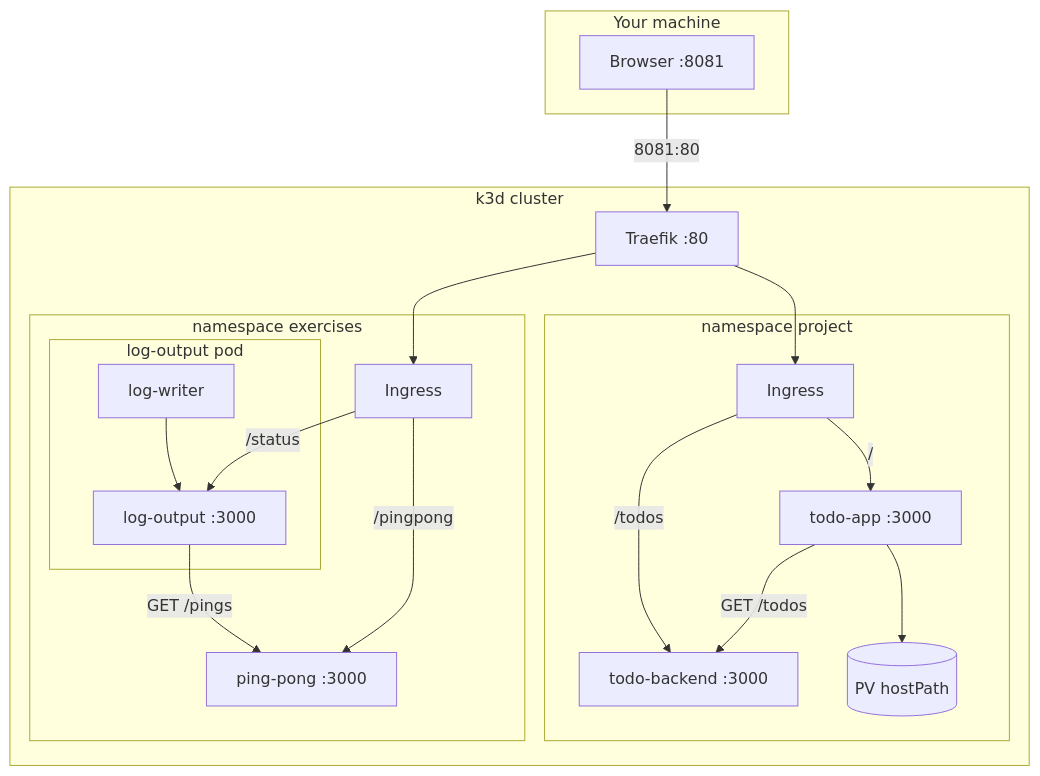
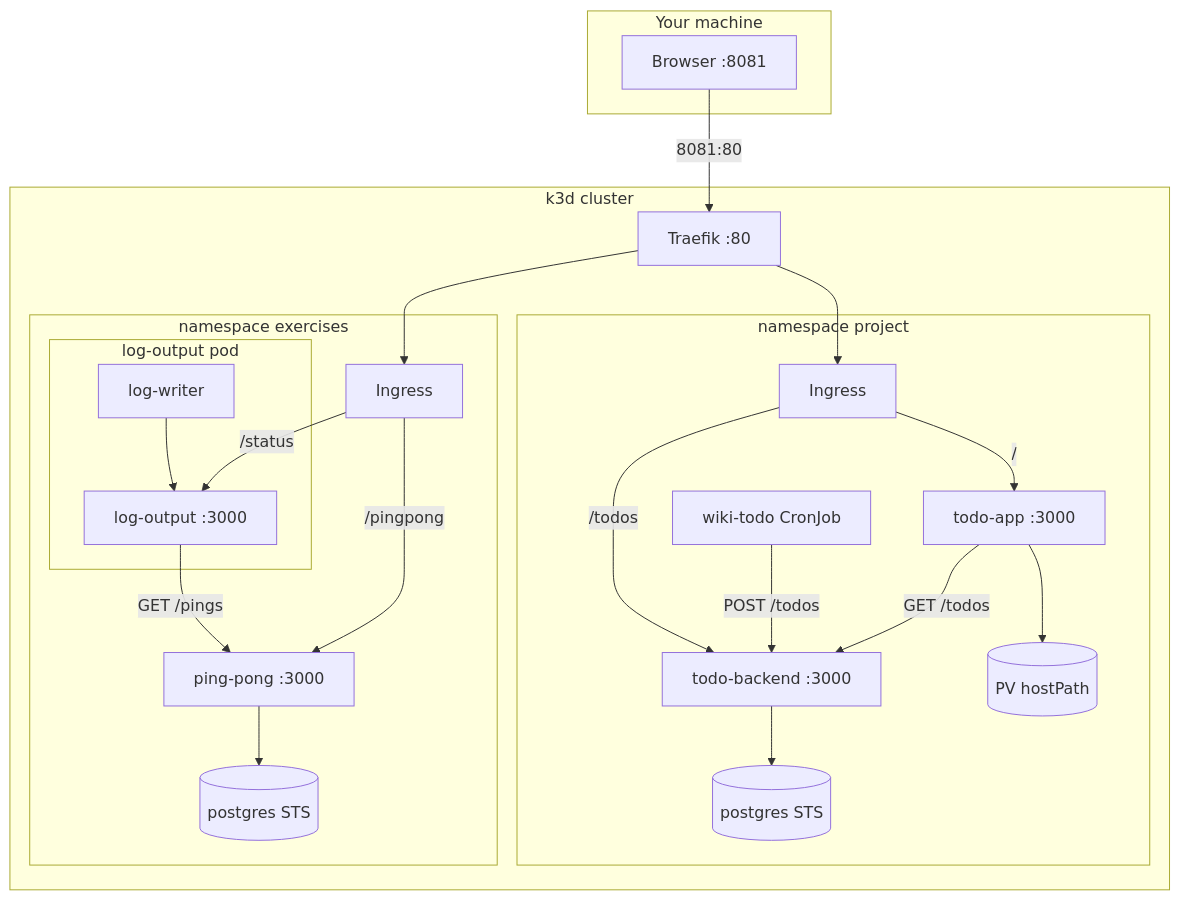
One commit to wmahad/k8s-hands-on changed the diagram in README.md. Above: the diagram before and after it, drawn with Mermaid. The commit also changed other lines of this file and 26 other files, not shown here.

Commit message:
feat: persist apps in Postgres and add wiki-todo CronJob

````diff
--- a/README.md
+++ b/README.md
@@ -40,36 +43,42 @@
 ```mermaid
 flowchart TB
   subgraph host [Your machine]
     B[Browser :8081]
   end
 
   subgraph k3d [k3d cluster]
     T[Traefik :80]
     subgraph exercisesNs [namespace exercises]
       EIG[Ingress]
       subgraph lopod [log-output pod]
         W[log-writer]
         LO[log-output :3000]
       end
       PP[ping-pong :3000]
+      PPG[(postgres STS)]
     end
     subgraph projectNs [namespace project]
       PIG[Ingress]
       PV[(PV hostPath)]
       TA[todo-app :3000]
       TB[todo-backend :3000]
+      TPG[(postgres STS)]
+      CJ[wiki-todo CronJob]
     end
   end
 
   B -->|8081:80| T
   T --> EIG
   T --> PIG
   EIG -->|"/pingpong"| PP
   EIG -->|"/status"| LO
   PIG -->|"/todos"| TB
   PIG -->|"/"| TA
   LO -->|"GET /pings"| PP
   TA -->|"GET /todos"| TB
+  PP --> PPG
+  TB --> TPG
+  CJ -->|"POST /todos"| TB
   W --> LO
   TA --> PV
 ```
````
